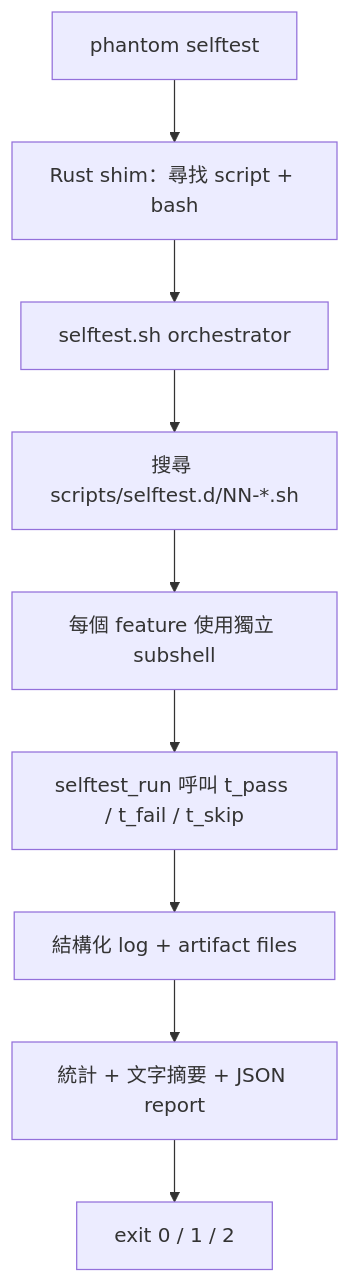
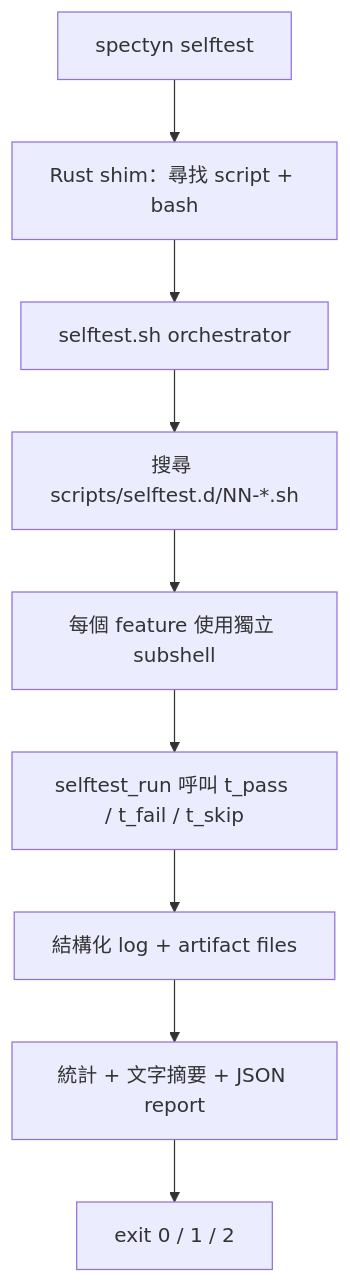
Before and after one commit to markl-a/phantom-mesh: the diagram in docs/architecture/selftest-harness.zh-TW.md, drawn with Mermaid. The commit also changed other lines of this file and 1245 other files, not shown here.

First line of the commit message:
rename: phantom -> spectyn across the public tree

````diff
--- a/docs/architecture/selftest-harness.zh-TW.md
+++ b/docs/architecture/selftest-harness.zh-TW.md
@@ -51,11 +51,11 @@
 ```mermaid
 flowchart TD
-  A["phantom selftest"] --> B["Rust shim：尋找 script + bash"]
+  A["spectyn selftest"] --> B["Rust shim：尋找 script + bash"]
   B --> C["selftest.sh orchestrator"]
   C --> D["搜尋 scripts/selftest.d/NN-*.sh"]
   D --> E["每個 feature 使用獨立 subshell"]
   E --> F["selftest_run 呼叫 t_pass / t_fail / t_skip"]
   F --> G["結構化 log + artifact files"]
   G --> H["統計 + 文字摘要 + JSON report"]
   H --> I["exit 0 / 1 / 2"]
 ```
````
